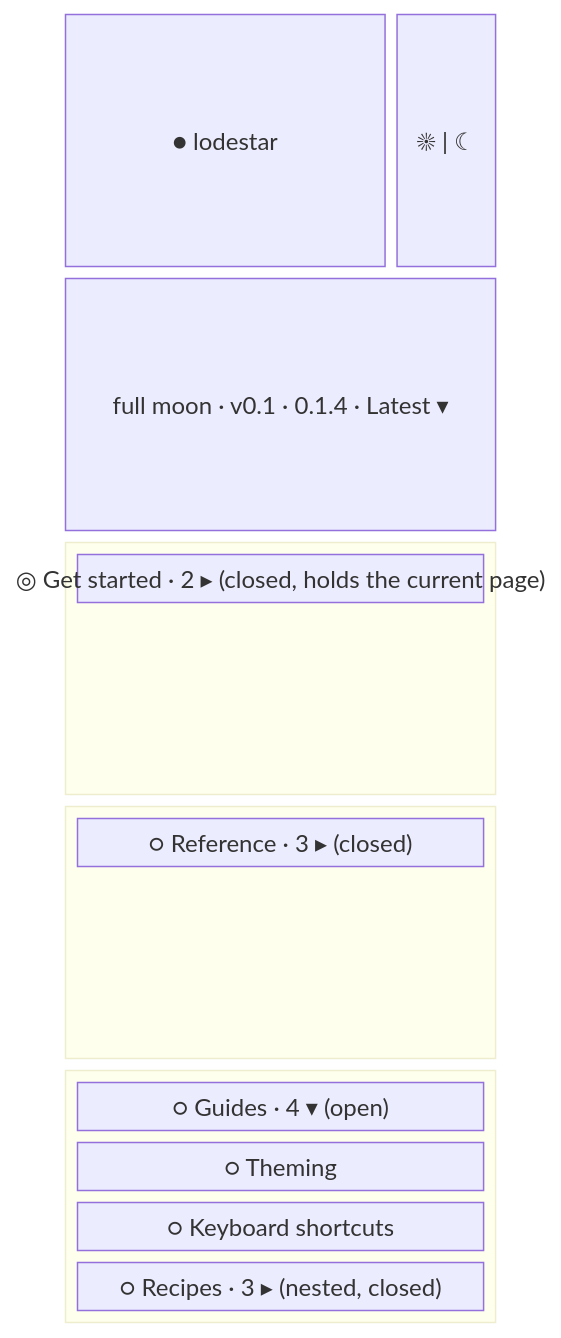
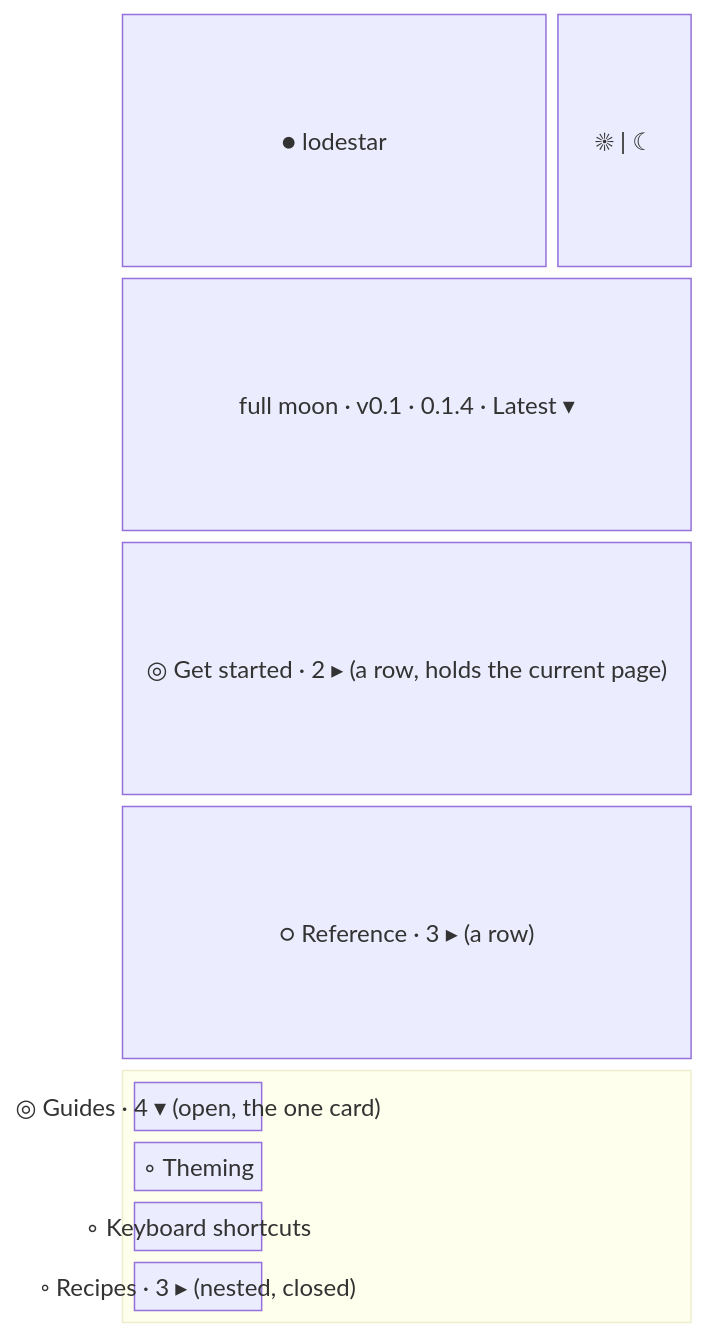
The third of 3 diagrams in content/docs/maintain/app-flow/one-open-station.mdx (nepal-dev-com/docs.nepal-dev.com), drawn with Mermaid before and after one commit. The commit also changed other lines of this file and 85 other files, not shown here.

````diff
--- a/content/docs/maintain/app-flow/one-open-station.mdx
+++ b/content/docs/maintain/app-flow/one-open-station.mdx
@@ -91,21 +87,15 @@
 ```mermaid
 block-beta
   columns 4
   chip["● lodestar"]:3 sw["☀ | ☾"]:1
   moon["full moon · v0.1 · 0.1.4 · Latest ▾"]:4
-  block:s1:4
+  h1["◎ Get started · 2 ▸ (a row, holds the current page)"]:4
+  h2["○ Reference · 3 ▸ (a row)"]:4
+  block:card:4
     columns 4
-    h1["◎ Get started · 2 ▸ (closed, holds the current page)"]:4
-  end
-  block:s2:4
-    columns 4
-    h2["○ Reference · 3 ▸ (closed)"]:4
-  end
-  block:s3:4
-    columns 4
-    h3["○ Guides · 4 ▾ (open)"]:4
-    g1[" ○ Theming"]:4
-    g2[" ○ Keyboard shortcuts"]:4
-    g3[" ○ Recipes · 3 ▸ (nested, closed)"]:4
+    h3["◎ Guides · 4 ▾ (open, the one card)"]:4
+    g1[" ∘ Theming"]:4
+    g2[" ∘ Keyboard shortcuts"]:4
+    g3[" ◦ Recipes · 3 ▸ (nested, closed)"]:4
   end
 ```
````
